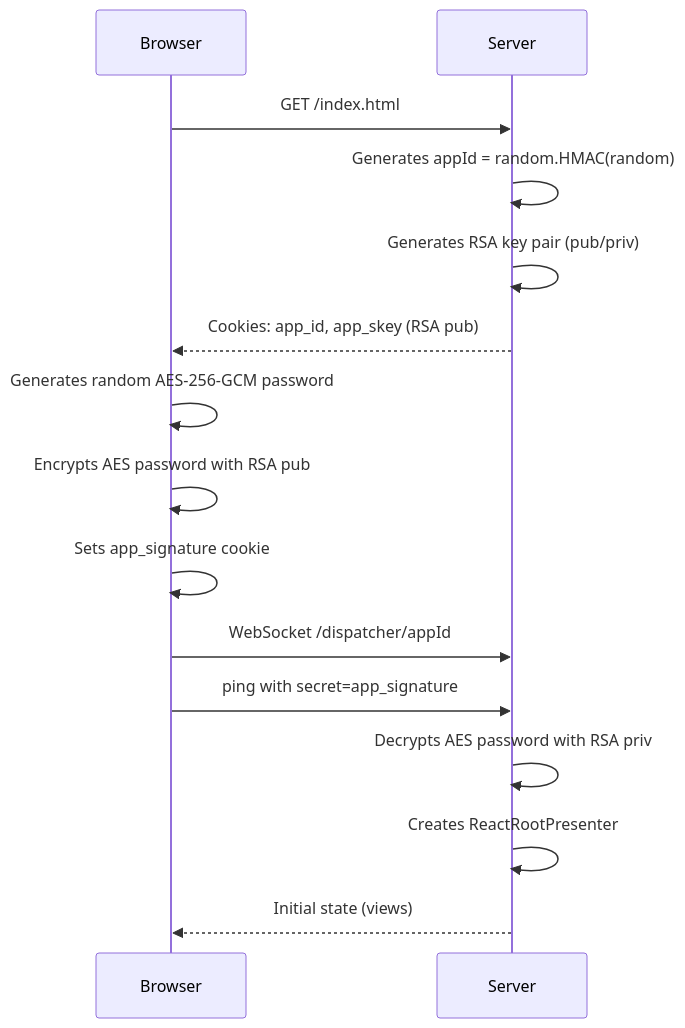
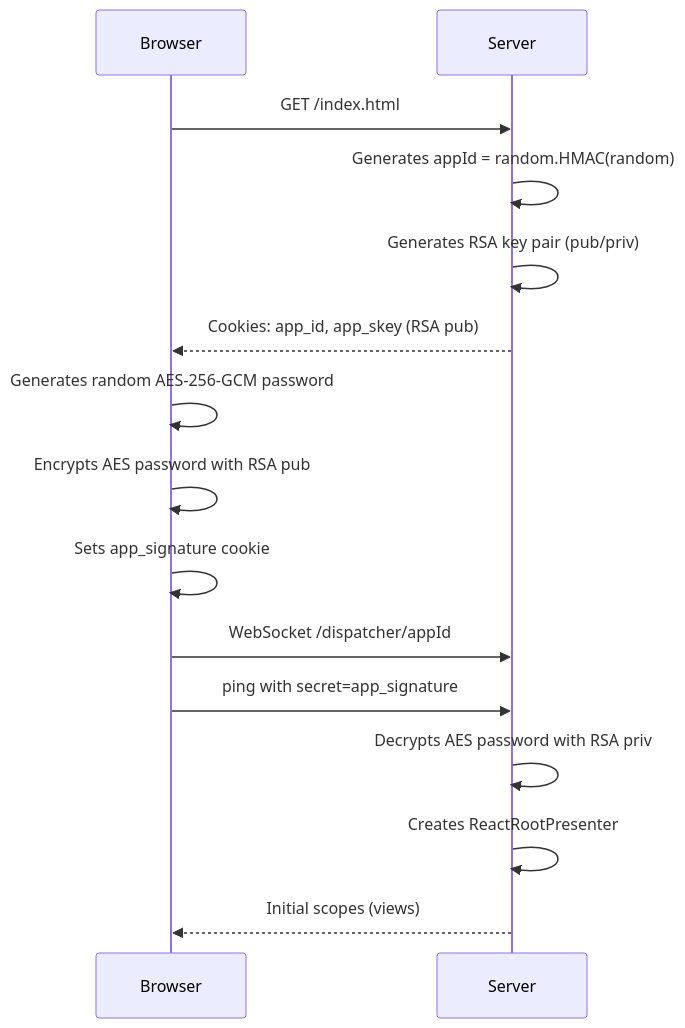
Before and after one commit to mrcdom/wdc-cube-kotlin: the fifth of 9 diagrams in docs/architecture-react.md, drawn with Mermaid. The commit also changed other lines of this file and 117 other files, not shown here.

````diff
--- a/docs/architecture-react.md
+++ b/docs/architecture-react.md
@@ -162,20 +162,20 @@
 ```mermaid
 sequenceDiagram
     participant Browser as Browser
     participant Server as Server
 
     Browser->>Server: GET /index.html
     Server->>Server: Generates appId = random.HMAC(random)
     Server->>Server: Generates RSA key pair (pub/priv)
     Server-->>Browser: Cookies: app_id, app_skey (RSA pub)
 
     Browser->>Browser: Generates random AES-256-GCM password
     Browser->>Browser: Encrypts AES password with RSA pub
     Browser->>Browser: Sets app_signature cookie
 
     Browser->>Server: WebSocket /dispatcher/appId
     Browser->>Server: ping with secret=app_signature
     Server->>Server: Decrypts AES password with RSA priv
     Server->>Server: Creates ReactRootPresenter
-    Server-->>Browser: Initial state (views)
+    Server-->>Browser: Initial scopes (views)
 ```
````
